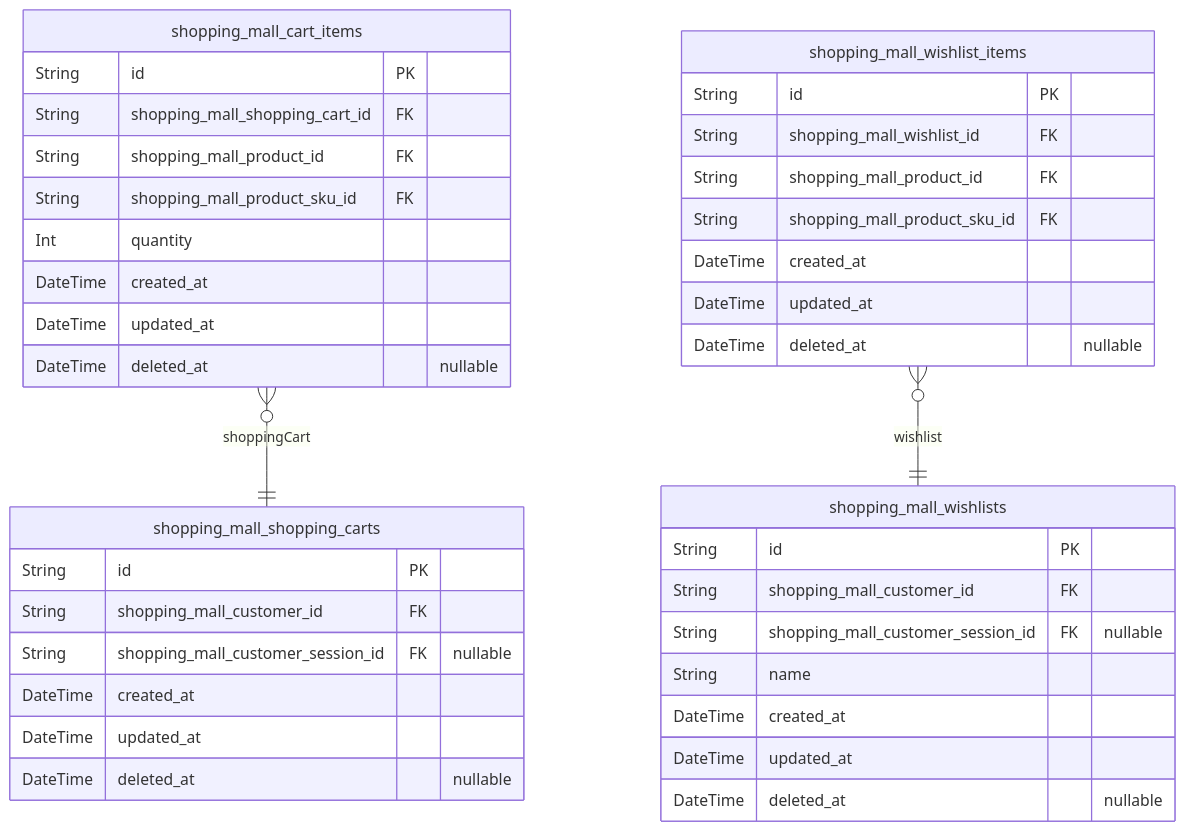
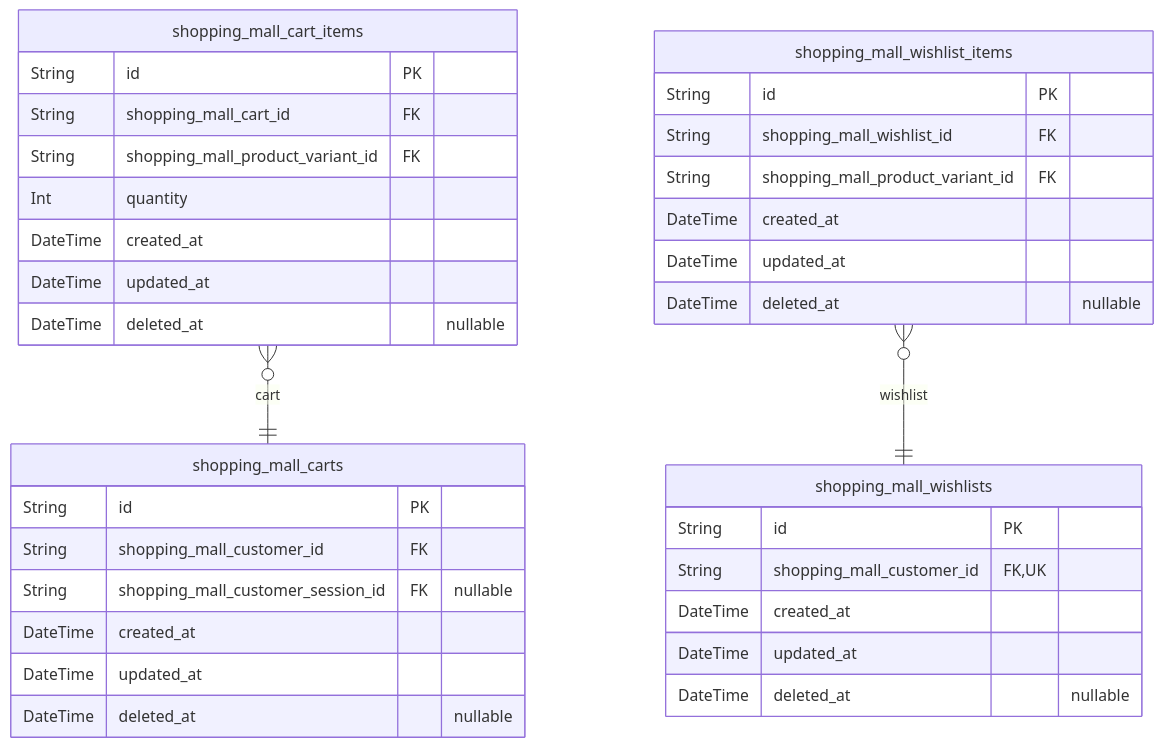
One commit to wrtnlabs/autobe-examples changed the fourth of 10 diagrams in openai/gpt-4.1-mini/shopping/docs/ERD.md. Above: the diagram before and after it, drawn with Mermaid. The commit also changed other lines of this file and 1553 other files, not shown here.

````diff
--- a/openai/gpt-4.1-mini/shopping/docs/ERD.md
+++ b/openai/gpt-4.1-mini/shopping/docs/ERD.md
@@ -707,41 +482,37 @@
 ```mermaid
 erDiagram
-"shopping_mall_shopping_carts" {
+"shopping_mall_carts" {
   String id PK
   String shopping_mall_customer_id FK
   String shopping_mall_customer_session_id FK "nullable"
   DateTime created_at
   DateTime updated_at
   DateTime deleted_at "nullable"
 }
 "shopping_mall_cart_items" {
   String id PK
-  String shopping_mall_shopping_cart_id FK
-  String shopping_mall_product_id FK
-  String shopping_mall_product_sku_id FK
+  String shopping_mall_cart_id FK
+  String shopping_mall_product_variant_id FK
   Int quantity
   DateTime created_at
   DateTime updated_at
   DateTime deleted_at "nullable"
 }
 "shopping_mall_wishlists" {
   String id PK
-  String shopping_mall_customer_id FK
-  String shopping_mall_customer_session_id FK "nullable"
-  String name
+  String shopping_mall_customer_id FK,UK
   DateTime created_at
   DateTime updated_at
   DateTime deleted_at "nullable"
 }
 "shopping_mall_wishlist_items" {
   String id PK
   String shopping_mall_wishlist_id FK
-  String shopping_mall_product_id FK
-  String shopping_mall_product_sku_id FK
+  String shopping_mall_product_variant_id FK
   DateTime created_at
   DateTime updated_at
   DateTime deleted_at "nullable"
 }
-"shopping_mall_cart_items" }o--|| "shopping_mall_shopping_carts" : shoppingCart
+"shopping_mall_cart_items" }o--|| "shopping_mall_carts" : cart
 "shopping_mall_wishlist_items" }o--|| "shopping_mall_wishlists" : wishlist
 ```
````
